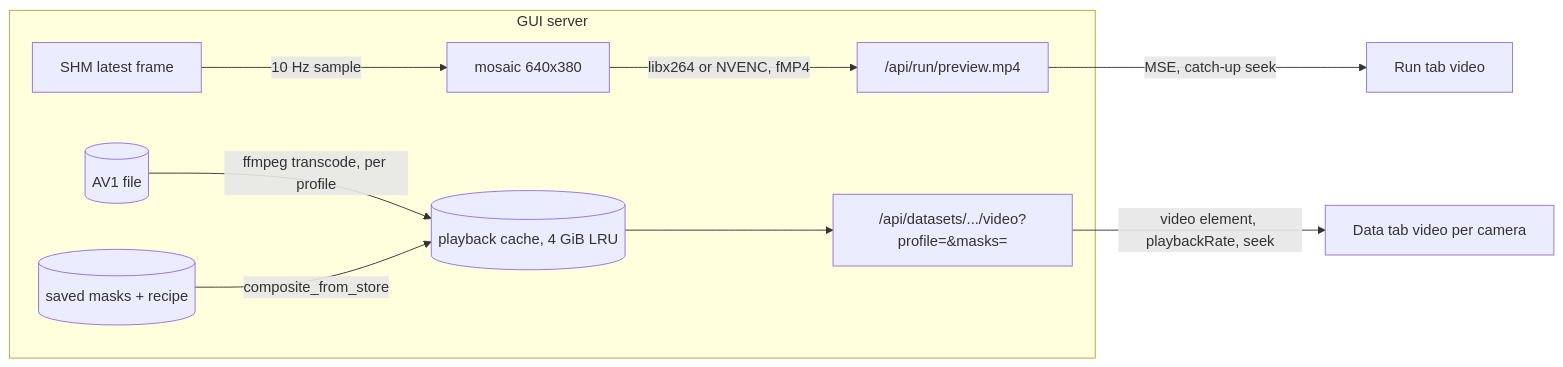
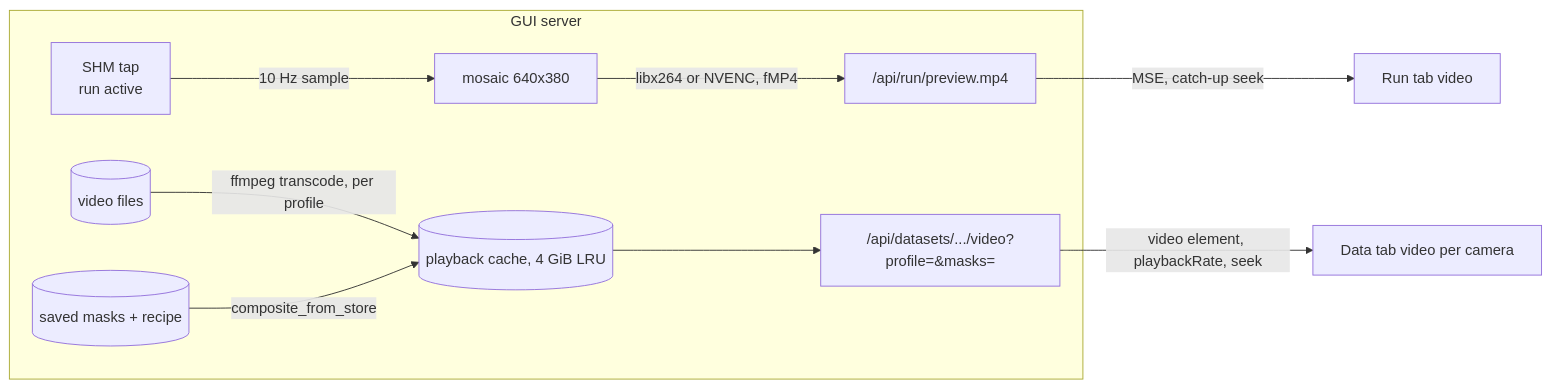
One commit to TheWisp/lerobot changed the sixth of 8 diagrams in src/lerobot/gui/docs/camera_video_transport.md. Above: the diagram before and after it, drawn with Mermaid. The commit also changed other lines of this file, not shown here.

````diff
--- a/src/lerobot/gui/docs/camera_video_transport.md
+++ b/src/lerobot/gui/docs/camera_video_transport.md
@@ -175,11 +328,11 @@
 ```mermaid
 flowchart LR
   subgraph server[GUI server]
-    shm[SHM latest frame] -->|10 Hz sample| mosaic[mosaic 640x380] -->|libx264 or NVENC, fMP4| ps["/api/run/preview.mp4"]
-    av1[(AV1 file)] -->|ffmpeg transcode, per profile| cache[(playback cache, 4 GiB LRU)]
+    shm["SHM tap<br/>run active"] -->|10 Hz sample| mosaic[mosaic 640x380] -->|libx264 or NVENC, fMP4| ps["/api/run/preview.mp4"]
+    vid[(video files)] -->|ffmpeg transcode, per profile| cache[(playback cache, 4 GiB LRU)]
     masks[(saved masks + recipe)] -->|composite_from_store| cache
     cache --> ve["/api/datasets/.../video?profile=&masks="]
   end
   ps -->|MSE, catch-up seek| run[Run tab video]
   ve -->|video element, playbackRate, seek| data[Data tab video per camera]
 ```
````
